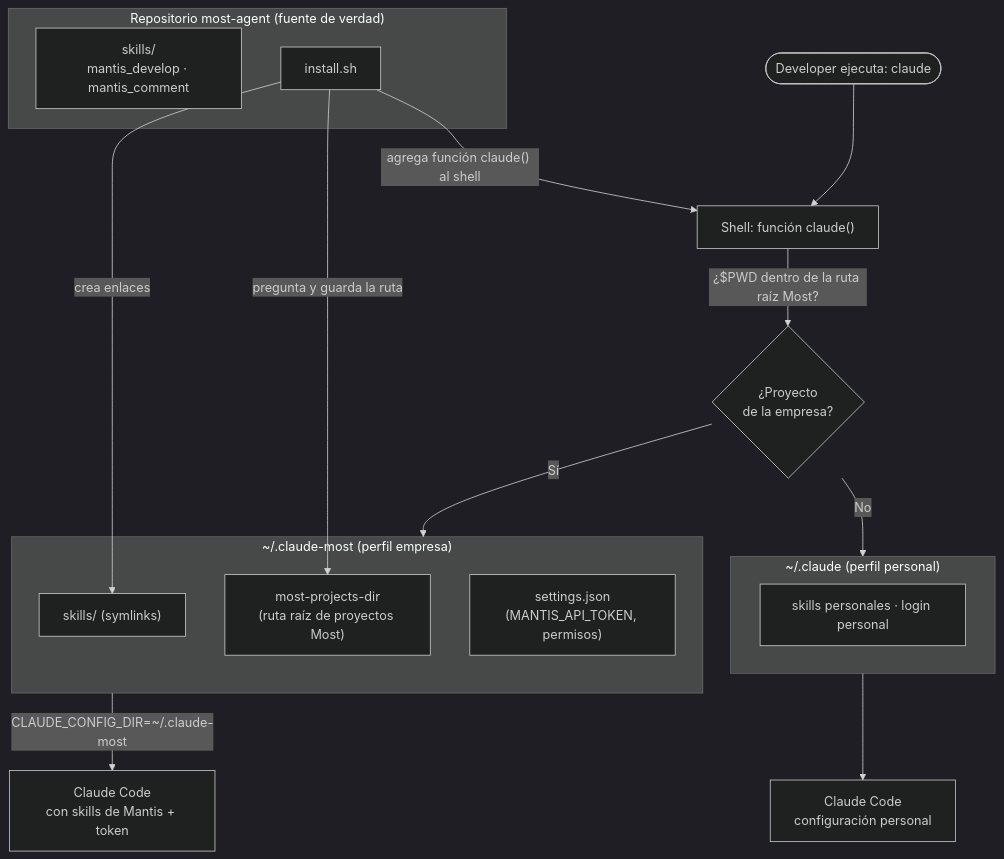
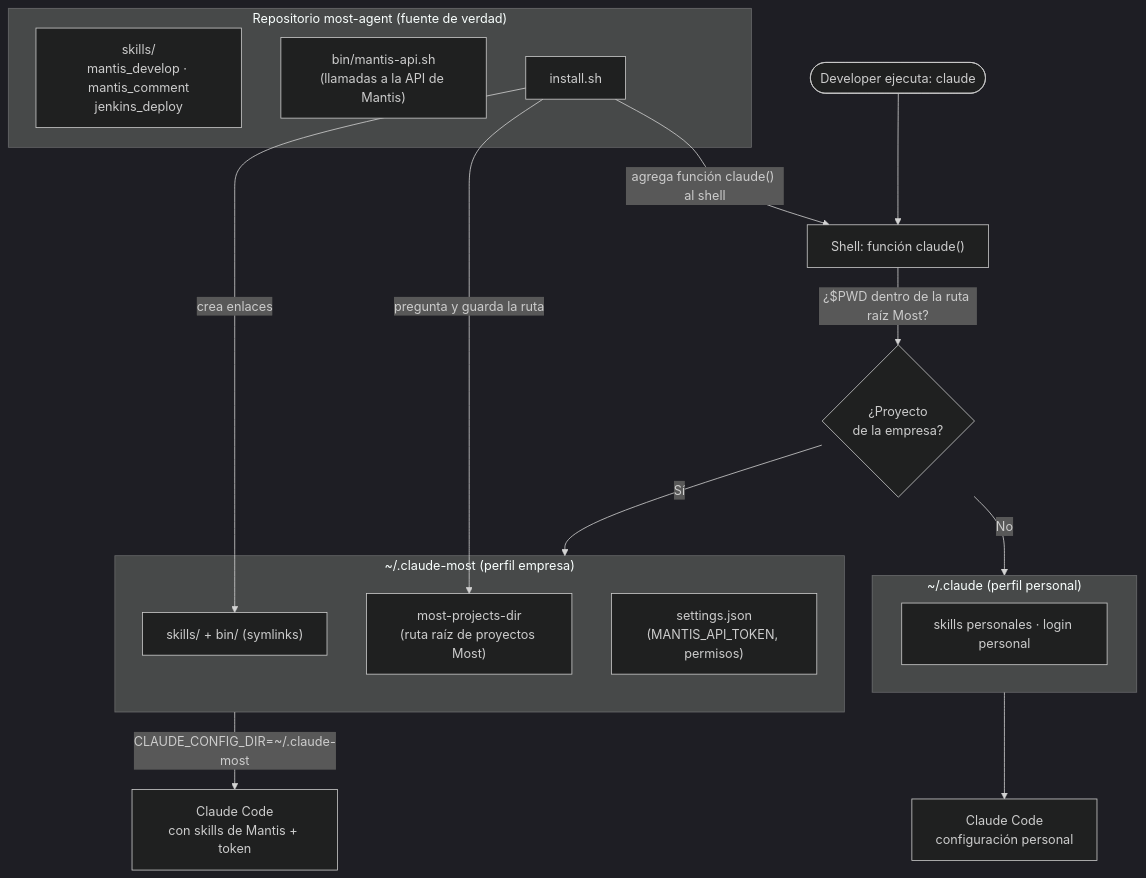
The first of 2 diagrams in Readme.md (manuonda/most-agent), drawn with Mermaid (dark theme) before and after one commit. The commit also changed other lines of this file and 12 other files, not shown here.

````diff
--- a/Readme.md
+++ b/Readme.md
@@ -9,30 +9,31 @@
 ```mermaid
 flowchart TB
     subgraph repo["Repositorio most-agent (fuente de verdad)"]
-        SK["skills/<br/>mantis_develop · mantis_comment"]
+        SK["skills/<br/>mantis_develop · mantis_comment<br/>jenkins_deploy"]
+        BIN["bin/mantis-api.sh<br/>(llamadas a la API de Mantis)"]
         INST["install.sh"]
     end
 
     subgraph empresa["~/.claude-most (perfil empresa)"]
-        LINKS["skills/ (symlinks)"]
+        LINKS["skills/ + bin/ (symlinks)"]
         CONF["most-projects-dir<br/>(ruta raíz de proyectos Most)"]
         SET["settings.json<br/>(MANTIS_API_TOKEN, permisos)"]
     end
 
     subgraph personal["~/.claude (perfil personal)"]
         PSK["skills personales · login personal"]
     end
 
     INST -->|"crea enlaces"| LINKS
     INST -->|"pregunta y guarda la ruta"| CONF
     INST -->|"agrega función claude() al shell"| SH
 
     SH["Shell: función claude()"]
     DEV(["Developer ejecuta: claude"]) --> SH
     SH -->|"¿$PWD dentro de la ruta raíz Most?"| DEC{"¿Proyecto<br/>de la empresa?"}
     DEC -->|"Sí"| empresa
     DEC -->|"No"| personal
 
     empresa -->|"CLAUDE_CONFIG_DIR=~/.claude-most"| CC["Claude Code<br/>con skills de Mantis + token"]
     personal --> CP["Claude Code<br/>configuración personal"]
 ```
````
